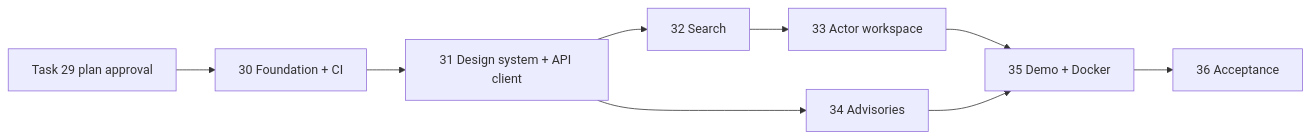
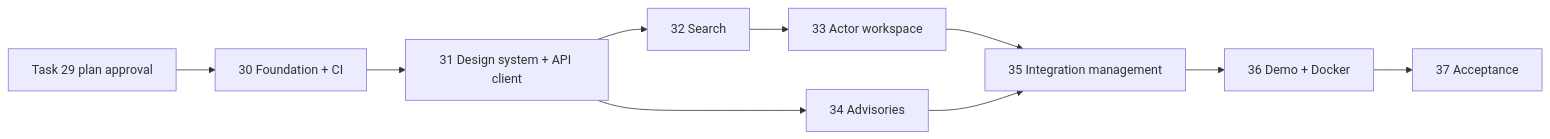
One commit to krutarth92/WatchTower changed the second of 2 diagrams in docs/exec-plans/active/v1-ui-development-plan.md. Above: the diagram before and after it, drawn with Mermaid. The commit also changed other lines of this file and 30 other files, not shown here.

Commit message:
feat: add operator integration management

````diff
--- a/docs/exec-plans/active/v1-ui-development-plan.md
+++ b/docs/exec-plans/active/v1-ui-development-plan.md
@@ -535,11 +576,12 @@
 ```mermaid
 flowchart LR
     T29[Task 29 plan approval] --> T30[30 Foundation + CI]
     T30 --> T31[31 Design system + API client]
     T31 --> T32[32 Search]
     T32 --> T33[33 Actor workspace]
     T31 --> T34[34 Advisories]
-    T33 --> T35[35 Demo + Docker]
+    T33 --> T35[35 Integration management]
     T34 --> T35
-    T35 --> T36[36 Acceptance]
+    T35 --> T36[36 Demo + Docker]
+    T36 --> T37[37 Acceptance]
 ```
````
